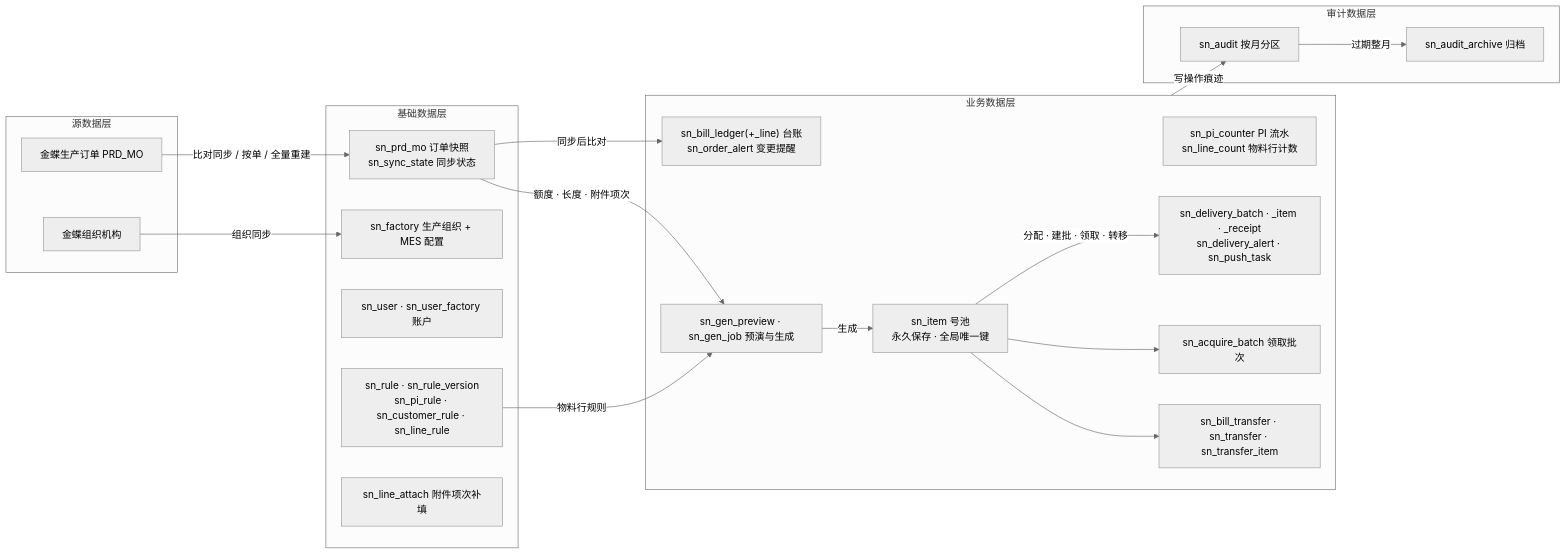
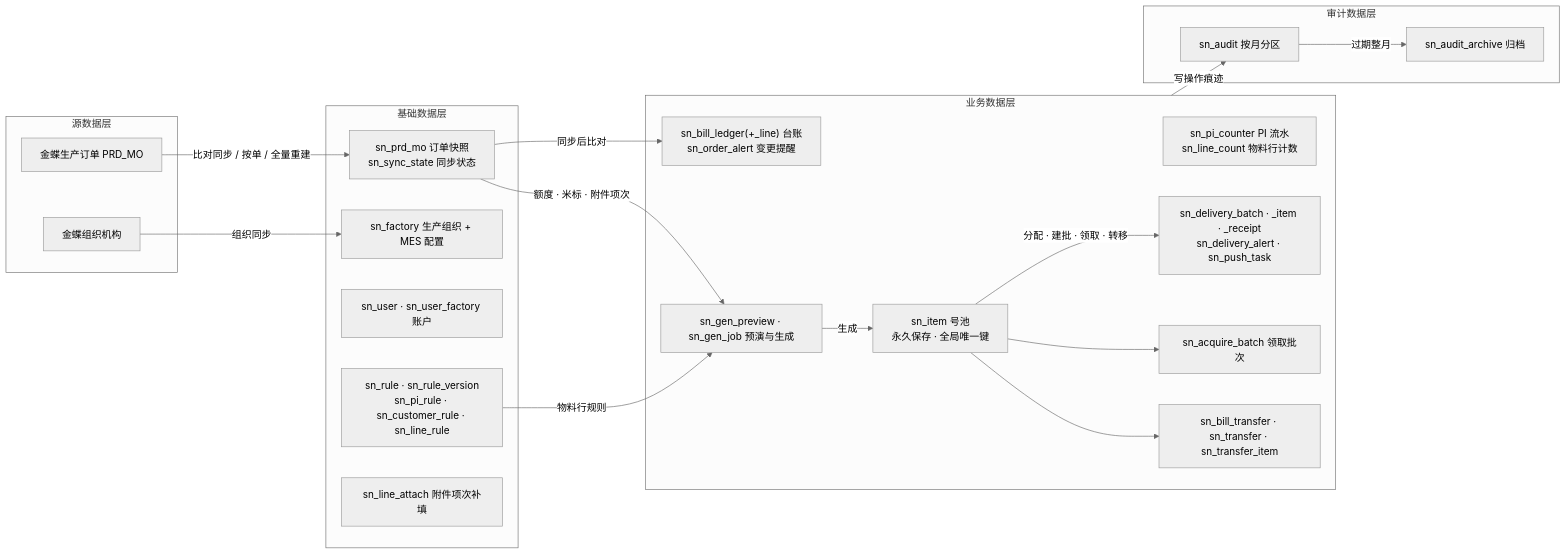
The diagram in docs/images/系统技术方案/fig2-3-data-layer.mmd (Createsnow/sn-center), drawn with Mermaid (neutral theme) before and after one commit. The commit also changed 43 other files, not shown here.

```diff
--- a/docs/images/系统技术方案/fig2-3-data-layer.mmd
+++ b/docs/images/系统技术方案/fig2-3-data-layer.mmd
@@ -1,36 +1,36 @@
 flowchart LR
   subgraph SRC[源数据层]
     K1[金蝶生产订单 PRD_MO]
     K2[金蝶组织机构]
   end
   subgraph BASE[基础数据层]
     B1["sn_prd_mo 订单快照<br/>sn_sync_state 同步状态"]
     B2["sn_factory 生产组织 + MES 配置"]
     B3["sn_user · sn_user_factory 账户"]
     B4["sn_rule · sn_rule_version<br/>sn_pi_rule · sn_customer_rule · sn_line_rule"]
     B5["sn_line_attach 附件项次补填"]
   end
   subgraph BIZ[业务数据层]
     Z1["sn_item 号池<br/>永久保存 · 全局唯一键"]
     Z2["sn_pi_counter PI 流水<br/>sn_line_count 物料行计数"]
     Z3["sn_bill_ledger(+_line) 台账<br/>sn_order_alert 变更提醒"]
     Z4["sn_gen_preview · sn_gen_job 预演与生成"]
     Z5["sn_delivery_batch · _item · _receipt<br/>sn_delivery_alert · sn_push_task"]
     Z6["sn_acquire_batch 领取批次"]
     Z7["sn_bill_transfer · sn_transfer · sn_transfer_item"]
   end
   subgraph AUD[审计数据层]
     A1["sn_audit 按月分区"]
     A2["sn_audit_archive 归档"]
   end
   K1 -->|比对同步 / 按单 / 全量重建| B1
   K2 -->|组织同步| B2
-  B1 -->|额度 · 长度 · 附件项次| Z4
+  B1 -->|额度 · 米标 · 附件项次| Z4
   B4 -->|物料行规则| Z4
   Z4 -->|生成| Z1
   Z1 -->|分配 · 建批 · 领取 · 转移| Z5
   Z1 --> Z6
   Z1 --> Z7
   B1 -->|同步后比对| Z3
   BIZ -->|写操作痕迹| A1
   A1 -->|过期整月| A2
```
